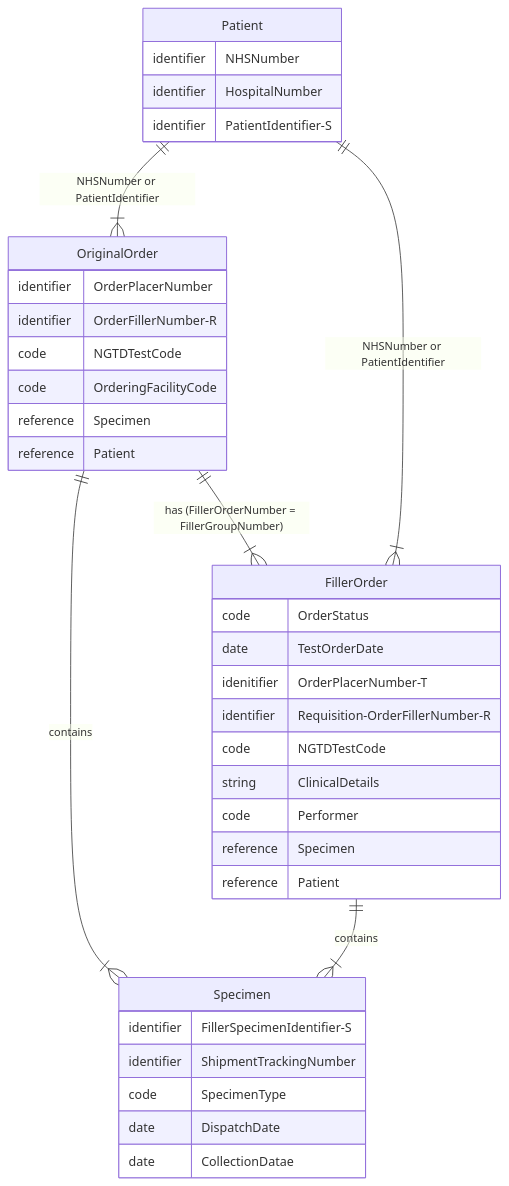
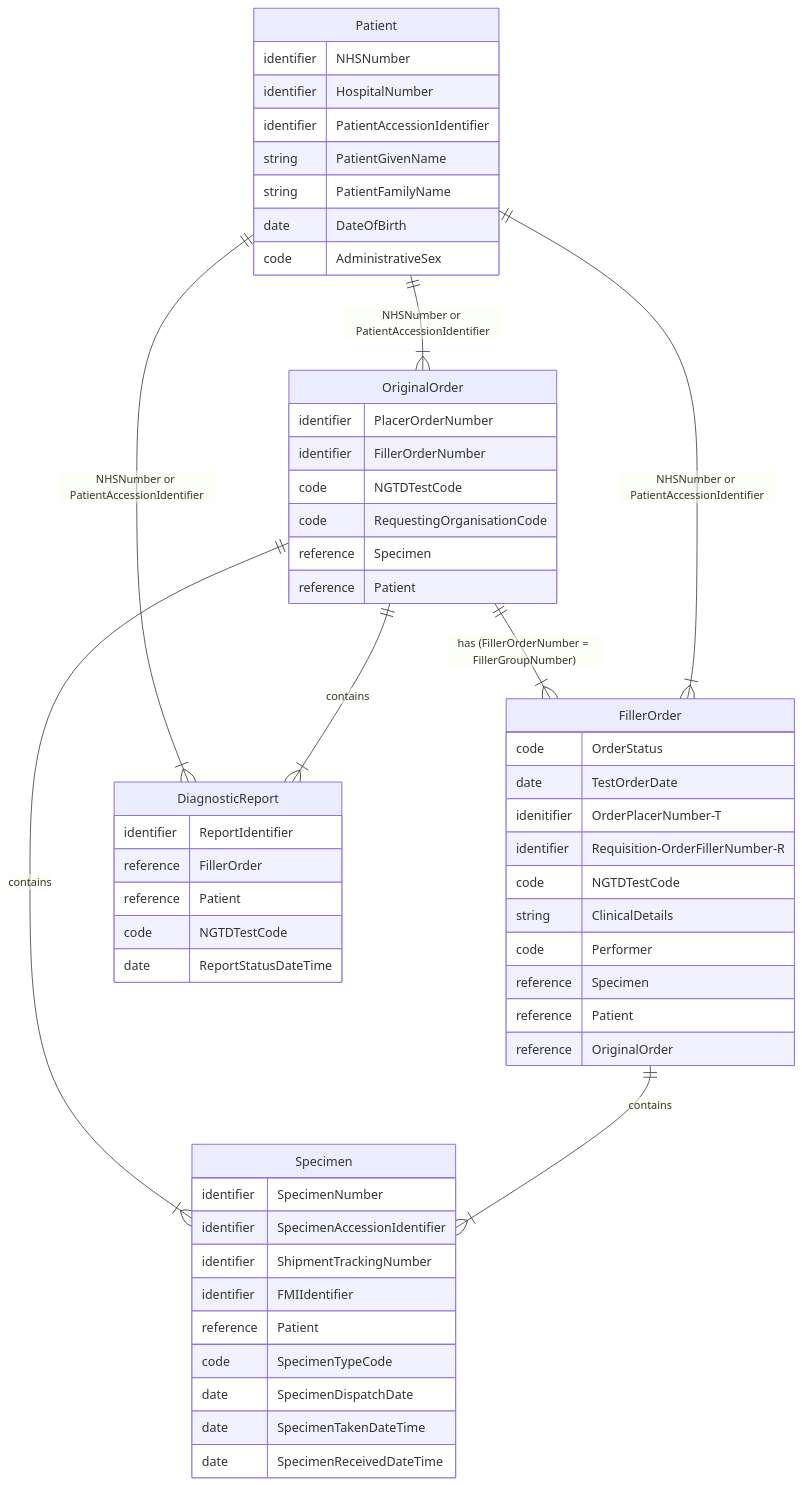
One commit to nw-gmsa/nw-gmsa.github.com changed the diagram in input/pagecontent/filler-order.md. Above: the diagram before and after it, drawn with Mermaid. The commit also changed other lines of this file, not shown here.

Commit message:
ILW and TLW documentation

````diff
--- a/input/pagecontent/filler-order.md
+++ b/input/pagecontent/filler-order.md
@@ -3,44 +3,63 @@
 ```mermaid
 erDiagram
 
   OriginalOrder ||--|{ FillerOrder : "has (FillerOrderNumber = FillerGroupNumber)"
   OriginalOrder ||--|{ Specimen : contains
   FillerOrder ||--|{ Specimen : contains
-  Patient ||--|{ OriginalOrder : "NHSNumber or PatientIdentifier"
-  Patient ||--|{ FillerOrder : "NHSNumber or PatientIdentifier" 
+  Patient ||--|{ OriginalOrder : "NHSNumber or PatientAccessionIdentifier"
+  Patient ||--|{ FillerOrder : "NHSNumber or PatientAccessionIdentifier" 
+  Patient ||--|{ DiagnosticReport : "NHSNumber or PatientAccessionIdentifier" 
+  OriginalOrder ||--|{ DiagnosticReport : contains
 
   OriginalOrder {
-    identifier OrderPlacerNumber
-    identifier OrderFillerNumber-R
+    identifier PlacerOrderNumber
+    identifier FillerOrderNumber
     code NGTDTestCode
-    code OrderingFacilityCode
+    code RequestingOrganisationCode
     reference Specimen
     reference Patient
   }
 
   FillerOrder {
     code OrderStatus
     date TestOrderDate
     idenitifier OrderPlacerNumber-T
     identifier Requisition-OrderFillerNumber-R
     code NGTDTestCode
     string ClinicalDetails
     code Performer
     reference Specimen
     reference Patient
+    reference OriginalOrder
   }
 
   Patient {
     identifier NHSNumber
     identifier HospitalNumber
-    identifier PatientIdentifier-S
+    identifier PatientAccessionIdentifier
+    string PatientGivenName
+    string PatientFamilyName
+    date DateOfBirth
+    code AdministrativeSex
   }
 
   Specimen {
-    identifier FillerSpecimenIdentifier-S
+    identifier SpecimenNumber
+    identifier SpecimenAccessionIdentifier
     identifier ShipmentTrackingNumber
-    code SpecimenType
-    date DispatchDate
-    date CollectionDatae
+    identifier FMIIdentifier
+    reference Patient
+    code SpecimenTypeCode
+    date SpecimenDispatchDate
+    date SpecimenTakenDateTime
+    date SpecimenReceivedDateTime
+  }
+
+  DiagnosticReport {
+    identifier ReportIdentifier
+    reference FillerOrder
+    reference Patient
+    code NGTDTestCode
+    date ReportStatusDateTime
   }
 ```
````
